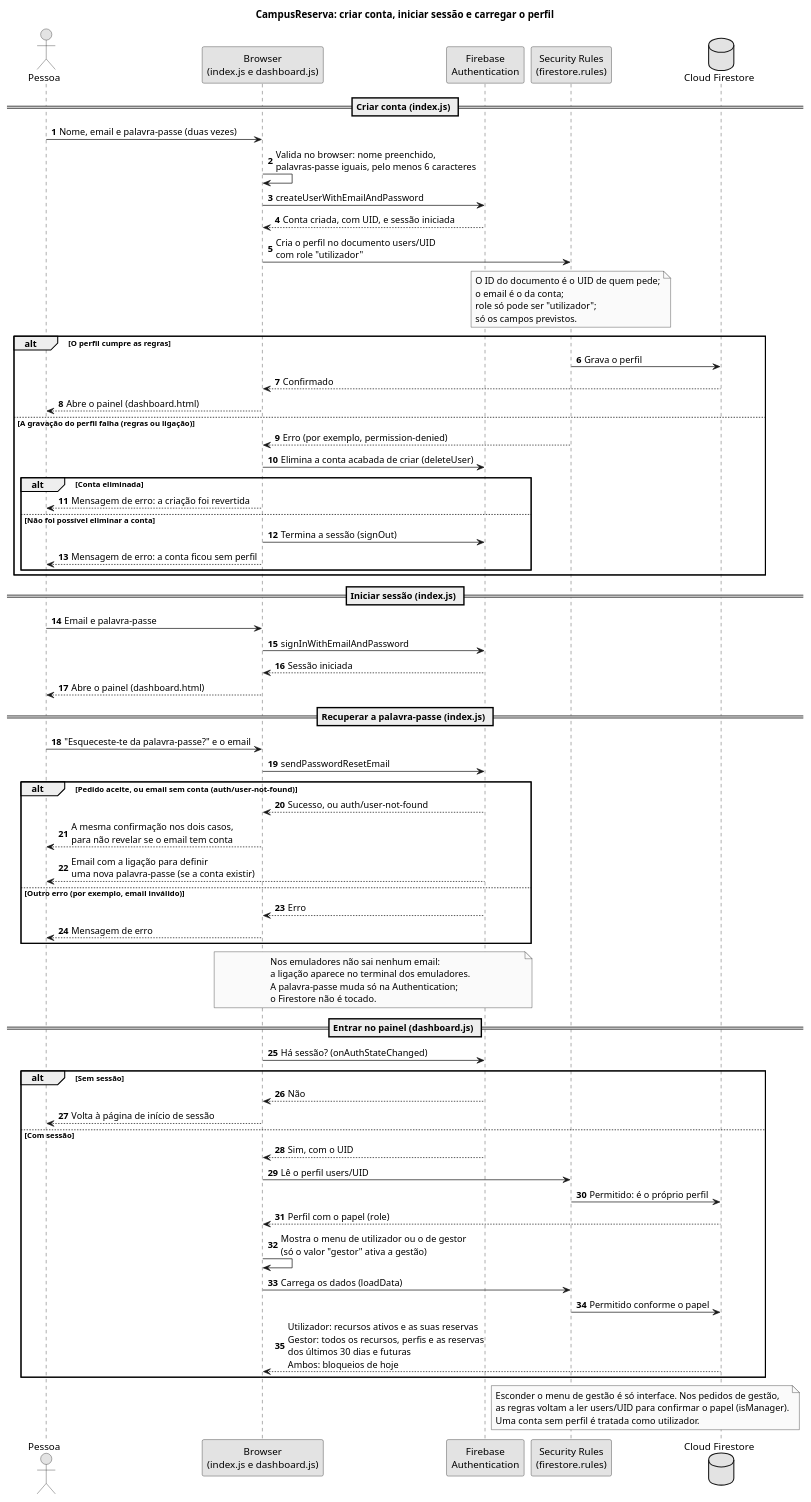
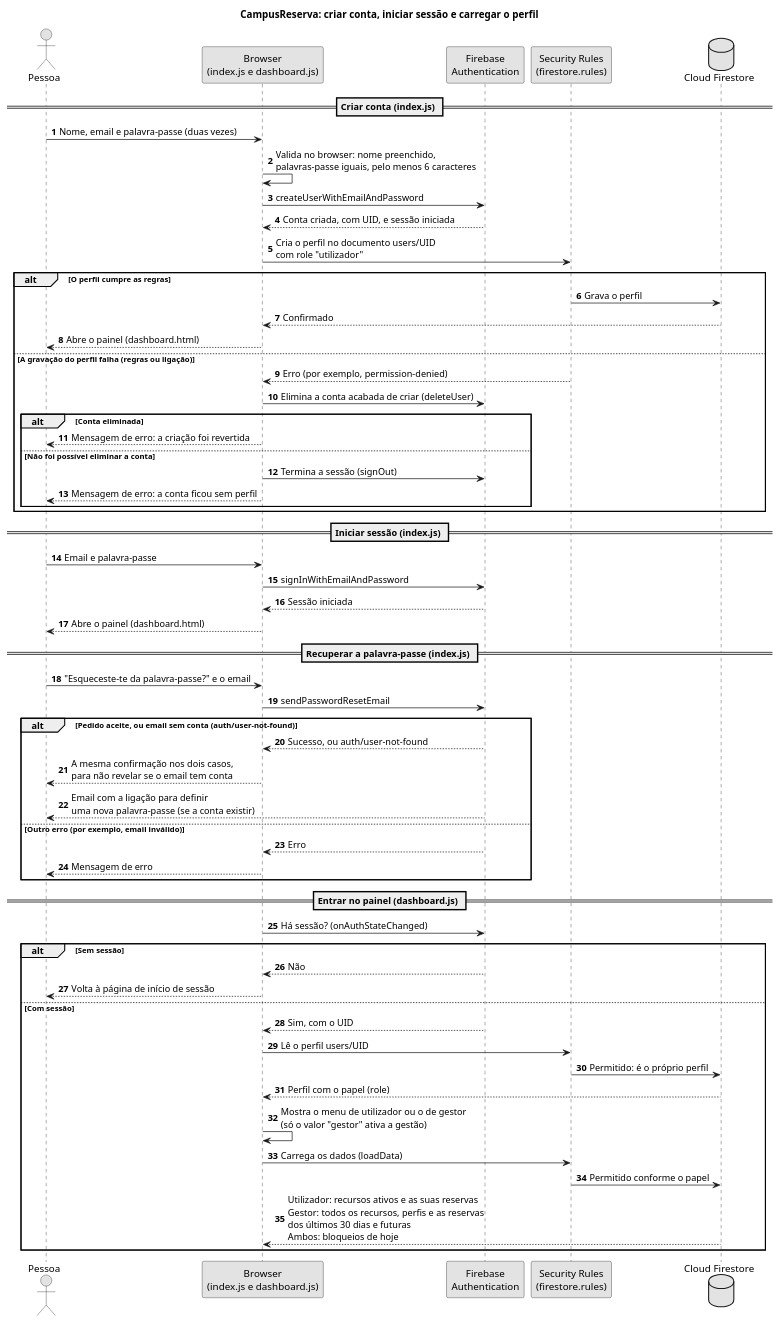
Before and after one commit to diogofcpereira/CampusReserva: the diagram in docs/diagramas/sequencia-autenticacao.puml, drawn with PlantUML. The commit also changed 7 other files, not shown here.

```diff
--- a/docs/diagramas/sequencia-autenticacao.puml
+++ b/docs/diagramas/sequencia-autenticacao.puml
@@ -1,95 +1,76 @@
 @startuml sequencia-autenticacao
 
 title CampusReserva: criar conta, iniciar sessão e carregar o perfil
 
 skinparam monochrome true
 skinparam shadowing false
 autonumber
 
 actor "Pessoa" as P
 participant "Browser\n(index.js e dashboard.js)" as B
 participant "Firebase\nAuthentication" as A
 participant "Security Rules\n(firestore.rules)" as R
 database "Cloud Firestore" as F
 
 == Criar conta (index.js) ==
 
 P -> B : Nome, email e palavra-passe (duas vezes)
 B -> B : Valida no browser: nome preenchido,\npalavras-passe iguais, pelo menos 6 caracteres
 B -> A : createUserWithEmailAndPassword
 A --> B : Conta criada, com UID, e sessão iniciada
 B -> R : Cria o perfil no documento users/UID\ncom role "utilizador"
-
-note over R
-  O ID do documento é o UID de quem pede;
-  o email é o da conta;
-  role só pode ser "utilizador";
-  só os campos previstos.
-end note
 
 alt O perfil cumpre as regras
   R -> F : Grava o perfil
   F --> B : Confirmado
   B --> P : Abre o painel (dashboard.html)
 else A gravação do perfil falha (regras ou ligação)
   R --> B : Erro (por exemplo, permission-denied)
   B -> A : Elimina a conta acabada de criar (deleteUser)
   alt Conta eliminada
     B --> P : Mensagem de erro: a criação foi revertida
   else Não foi possível eliminar a conta
     B -> A : Termina a sessão (signOut)
     B --> P : Mensagem de erro: a conta ficou sem perfil
   end
 end
 
 == Iniciar sessão (index.js) ==
 
 P -> B : Email e palavra-passe
 B -> A : signInWithEmailAndPassword
 A --> B : Sessão iniciada
 B --> P : Abre o painel (dashboard.html)
 
 == Recuperar a palavra-passe (index.js) ==
 
 P -> B : "Esqueceste-te da palavra-passe?" e o email
 B -> A : sendPasswordResetEmail
 alt Pedido aceite, ou email sem conta (auth/user-not-found)
   A --> B : Sucesso, ou auth/user-not-found
   B --> P : A mesma confirmação nos dois casos,\npara não revelar se o email tem conta
   A --> P : Email com a ligação para definir\numa nova palavra-passe (se a conta existir)
 else Outro erro (por exemplo, email inválido)
   A --> B : Erro
   B --> P : Mensagem de erro
 end
 
-note over B, A
-  Nos emuladores não sai nenhum email:
-  a ligação aparece no terminal dos emuladores.
-  A palavra-passe muda só na Authentication;
-  o Firestore não é tocado.
-end note
-
 == Entrar no painel (dashboard.js) ==
 
 B -> A : Há sessão? (onAuthStateChanged)
 
 alt Sem sessão
   A --> B : Não
   B --> P : Volta à página de início de sessão
 else Com sessão
   A --> B : Sim, com o UID
   B -> R : Lê o perfil users/UID
   R -> F : Permitido: é o próprio perfil
   F --> B : Perfil com o papel (role)
   B -> B : Mostra o menu de utilizador ou o de gestor\n(só o valor "gestor" ativa a gestão)
   B -> R : Carrega os dados (loadData)
   R -> F : Permitido conforme o papel
   F --> B : Utilizador: recursos ativos e as suas reservas\nGestor: todos os recursos, perfis e as reservas\ndos últimos 30 dias e futuras\nAmbos: bloqueios de hoje
 end
 
-note over R, F
-  Esconder o menu de gestão é só interface. Nos pedidos de gestão,
-  as regras voltam a ler users/UID para confirmar o papel (isManager).
-  Uma conta sem perfil é tratada como utilizador.
-end note
 @enduml
```
